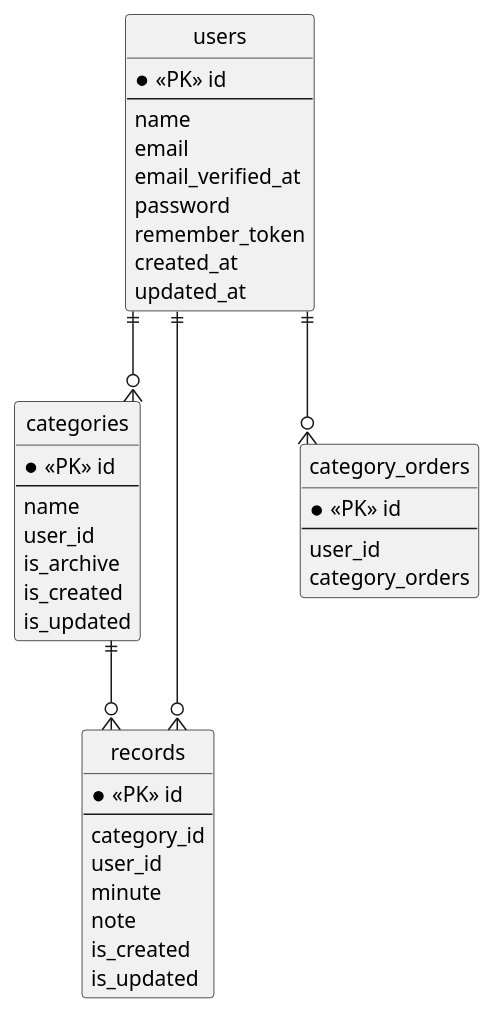
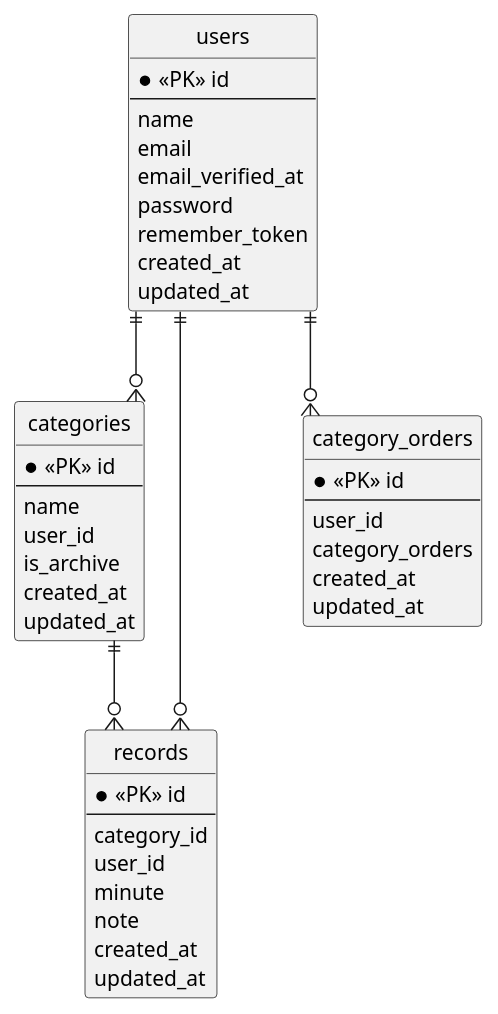
Before and after one commit to nakajima97/laravel-learning-record-app-v2: the diagram in document/er-figure.pu, drawn with PlantUML.

Commit message:
ER図の誤りを修正 (#136)
* #132 カラム名の誤りを修正

* #132 カラムが抜けていたので追加

```diff
--- a/document/er-figure.pu
+++ b/document/er-figure.pu
@@ -1,50 +1,52 @@
 @startuml er-figure
 hide circle
 skinparam linetype ortho
 
 entity "users" as users {
   * <<PK>> id
   --
   name
   email
   email_verified_at
   password
   remember_token
   created_at
   updated_at
 }
 
 entity "categories" as categories {
     * <<PK>> id
     --
     name
     user_id
     is_archive
-    is_created
-    is_updated
+    created_at
+    updated_at
 }
 
 entity "records" as records {
     * <<PK>> id
     --
     category_id
     user_id
     minute
     note
-    is_created
-    is_updated
+    created_at
+    updated_at
 }
 
 entity "category_orders" as category_orders {
     * <<PK>> id
     --
     user_id
     category_orders
+    created_at
+    updated_at
 }
 
 users ||--o{ categories
 users ||--o{ records
 users ||--o{ category_orders
 categories ||--o{ records
 
 @enduml
```
